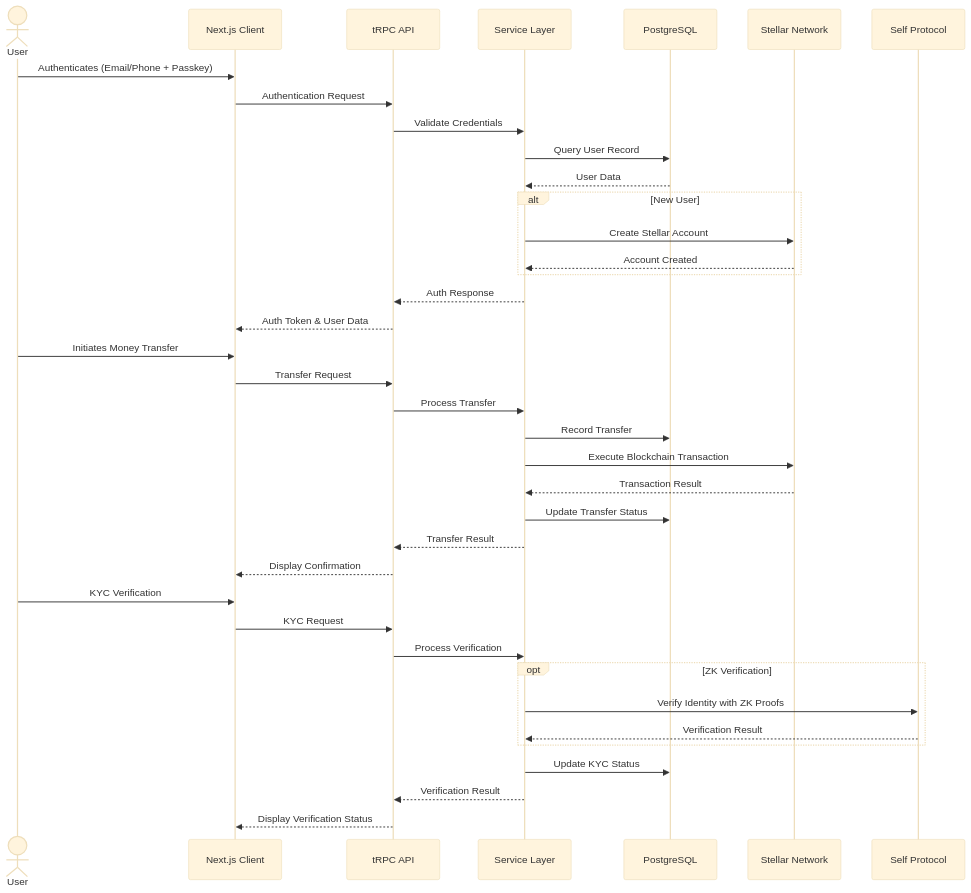
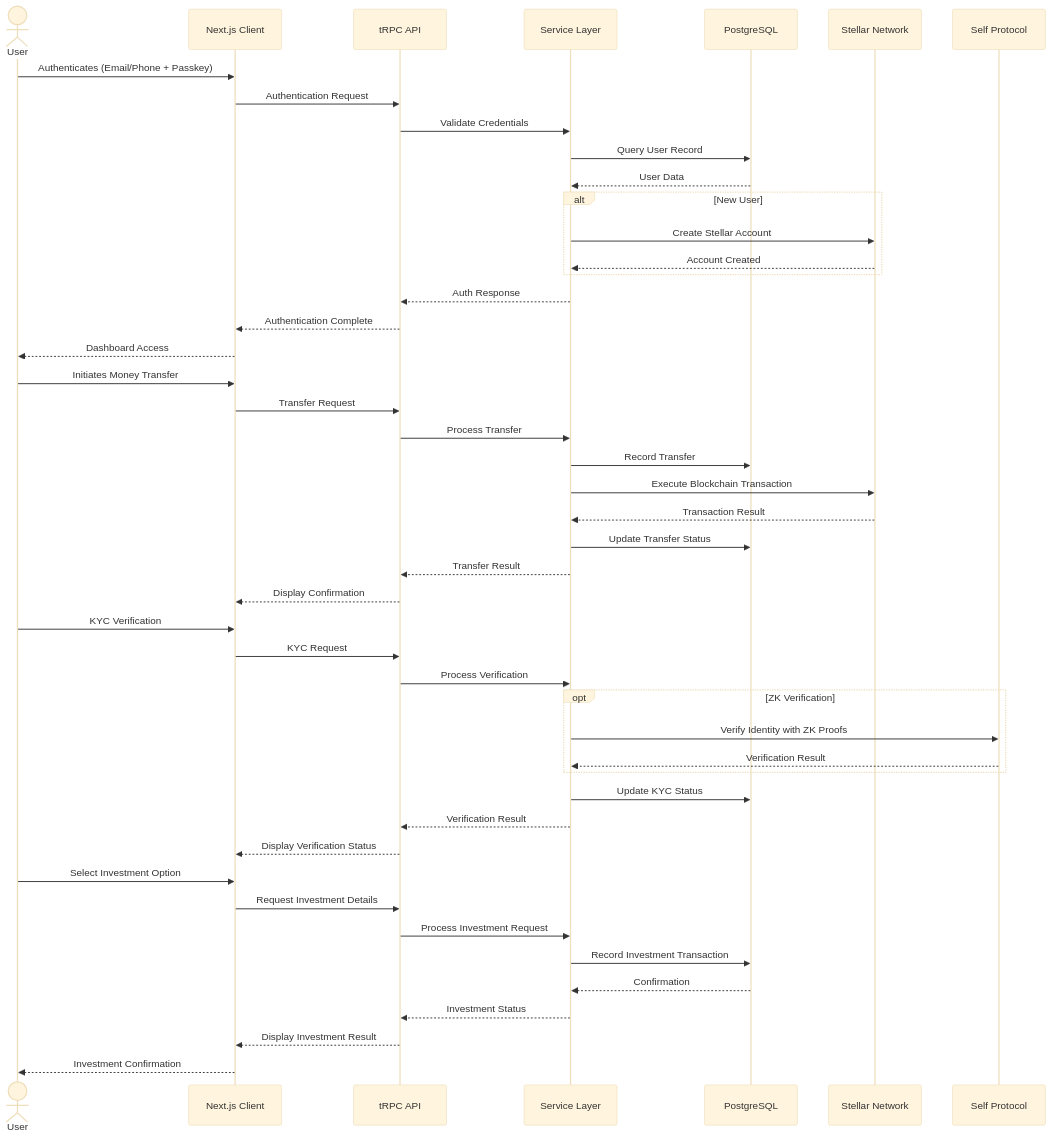
Before and after one commit to Afoxcute/druid: the third of 3 diagrams in README.md, drawn with Mermaid (base theme). The commit also changed other lines of this file, not shown here.

````diff
--- a/README.md
+++ b/README.md
@@ -231,43 +249,53 @@
 ```mermaid
 sequenceDiagram
     actor User
     participant Frontend as Next.js Client
     participant API as tRPC API
     participant Service as Service Layer
     participant DB as PostgreSQL
     participant Stellar as Stellar Network
     participant Self as Self Protocol
     
     User->>Frontend: Authenticates (Email/Phone + Passkey)
     Frontend->>API: Authentication Request
     API->>Service: Validate Credentials
     Service->>DB: Query User Record
     DB-->>Service: User Data
     alt New User
         Service->>Stellar: Create Stellar Account
         Stellar-->>Service: Account Created
     end
     Service-->>API: Auth Response
-    API-->>Frontend: Auth Token & User Data
-    
+    API-->>Frontend: Authentication Complete
+    Frontend-->>User: Dashboard Access
+
     User->>Frontend: Initiates Money Transfer
     Frontend->>API: Transfer Request
     API->>Service: Process Transfer
     Service->>DB: Record Transfer
     Service->>Stellar: Execute Blockchain Transaction
     Stellar-->>Service: Transaction Result
     Service->>DB: Update Transfer Status
     Service-->>API: Transfer Result
     API-->>Frontend: Display Confirmation
     
     User->>Frontend: KYC Verification
     Frontend->>API: KYC Request
     API->>Service: Process Verification
     opt ZK Verification
         Service->>Self: Verify Identity with ZK Proofs
         Self-->>Service: Verification Result
     end
     Service->>DB: Update KYC Status
     Service-->>API: Verification Result
     API-->>Frontend: Display Verification Status
+    
+    User->>Frontend: Select Investment Option
+    Frontend->>API: Request Investment Details
+    API->>Service: Process Investment Request
+    Service->>DB: Record Investment Transaction
+    DB-->>Service: Confirmation
+    Service-->>API: Investment Status
+    API-->>Frontend: Display Investment Result
+    Frontend-->>User: Investment Confirmation
 ```
````
